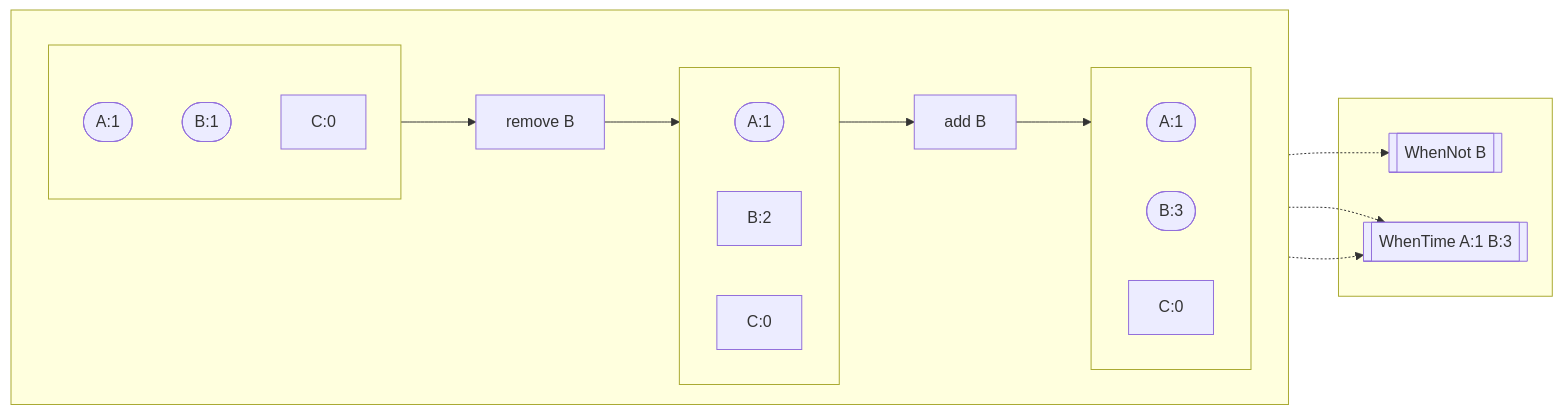
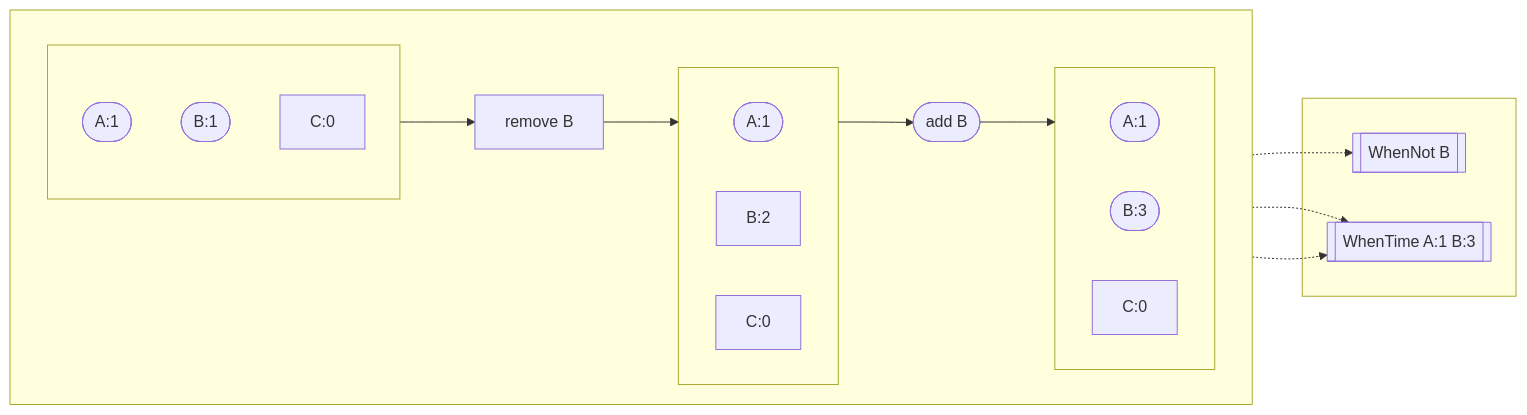
One commit to pancsta/asyncmachine-go changed the seventh of 7 diagrams in pkg/machine/README.md. Above: the diagram before and after it, drawn with Mermaid. The commit also changed other lines of this file and 32 other files, not shown here.

````diff
--- a/pkg/machine/README.md
+++ b/pkg/machine/README.md
@@ -169,33 +169,33 @@
 ```mermaid
 flowchart LR
     subgraph SubStates[ ]
       direction LR
         subgraph SubStep1[ ]
       direction BT
             A1([A:1])
             B1([B:1])
             C1[C:0]
         end
         SubMutation1[remove B]
         subgraph SubStep2[ ]
             A2([A:1])
             B2[B:2]
             C2[C:0]
         end
-        SubMutation2[add B]
+        SubMutation2([add B])
         subgraph SubStep3[ ]
           A3([A:1])
           B3([B:3])
           C3[C:0]
         end
     end
     SubStep1 --> SubMutation1 --> SubStep2
     SubStep2 --> SubMutation2 --> SubStep3
     B2 .-> WhenNotB
     A3 .-> WhenTimeB3
     B3 .-> WhenTimeB3
     subgraph Subs[ ]
         WhenNotB[["WhenNot B"]]
         WhenTimeB3[["WhenTime A:1 B:3"]]
     end
 ```
````
